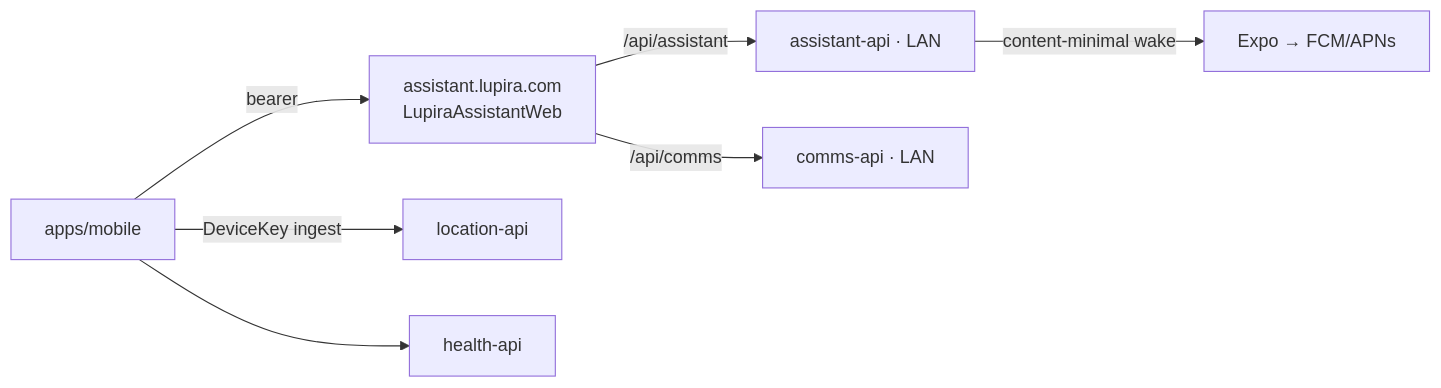
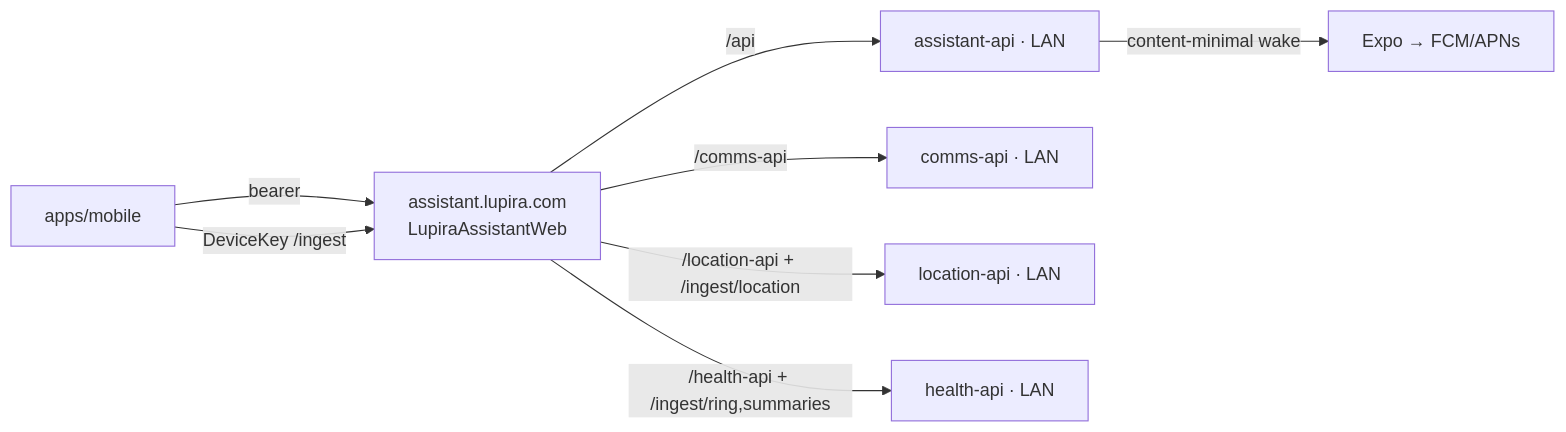
One commit to danbro96/LupiraAssistant changed the first of 2 diagrams in docs/app-backbone.md. Above: the diagram before and after it, drawn with Mermaid. The commit also changed other lines of this file and 35 other files, not shown here.

First line of the commit message:
Route every app call through the BFF

````diff
--- a/docs/app-backbone.md
+++ b/docs/app-backbone.md
@@ -25,9 +25,10 @@
 ```mermaid
 flowchart LR
   APP[apps/mobile] -->|bearer| BFF[assistant.lupira.com<br/>LupiraAssistantWeb]
-  BFF -->|/api/assistant| HUB[assistant-api · LAN]
-  BFF -->|/api/comms| COMMS[comms-api · LAN]
-  APP -->|DeviceKey ingest| LOC[location-api]
-  APP --> HEALTH[health-api]
+  APP -->|DeviceKey /ingest| BFF
+  BFF -->|/api| HUB[assistant-api · LAN]
+  BFF -->|/comms-api| COMMS[comms-api · LAN]
+  BFF -->|/location-api + /ingest/location| LOC[location-api · LAN]
+  BFF -->|/health-api + /ingest/ring,summaries| HEALTH[health-api · LAN]
   HUB -->|content-minimal wake| EXPO[Expo → FCM/APNs]
 ```
````
